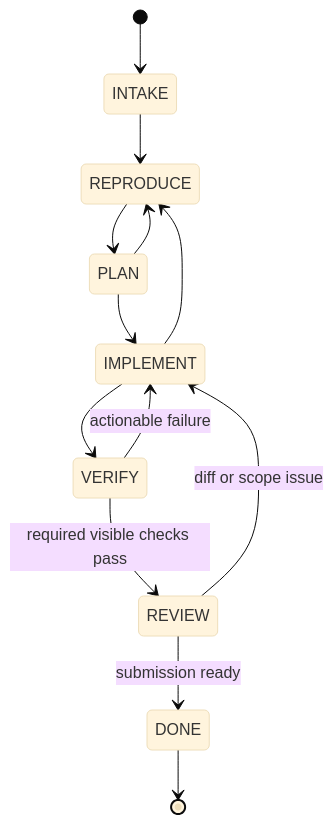
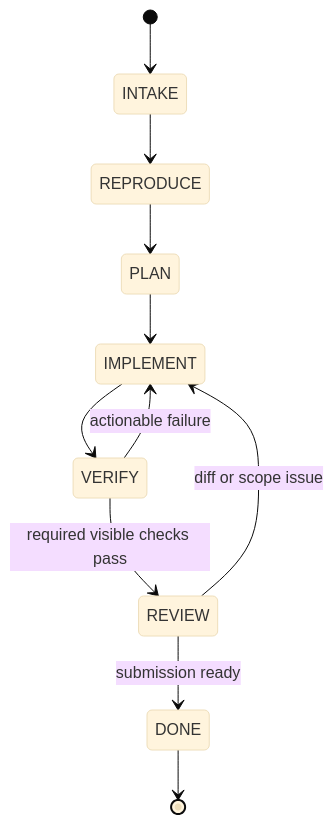
The second of 2 diagrams in docs/02-architecture.md (woojune511/patchloop-agent), drawn with Mermaid (base theme) before and after one commit. The commit also changed other lines of this file and 34 other files, not shown here.

````diff
--- a/docs/02-architecture.md
+++ b/docs/02-architecture.md
@@ -76,15 +76,13 @@
 ```mermaid
 stateDiagram-v2
     [*] --> INTAKE
     INTAKE --> REPRODUCE
     REPRODUCE --> PLAN
     PLAN --> IMPLEMENT
-    PLAN --> REPRODUCE
     IMPLEMENT --> VERIFY
-    IMPLEMENT --> REPRODUCE
     VERIFY --> REVIEW: required visible checks pass
     VERIFY --> IMPLEMENT: actionable failure
     REVIEW --> IMPLEMENT: diff or scope issue
     REVIEW --> DONE: submission ready
     DONE --> [*]
 ```
````
